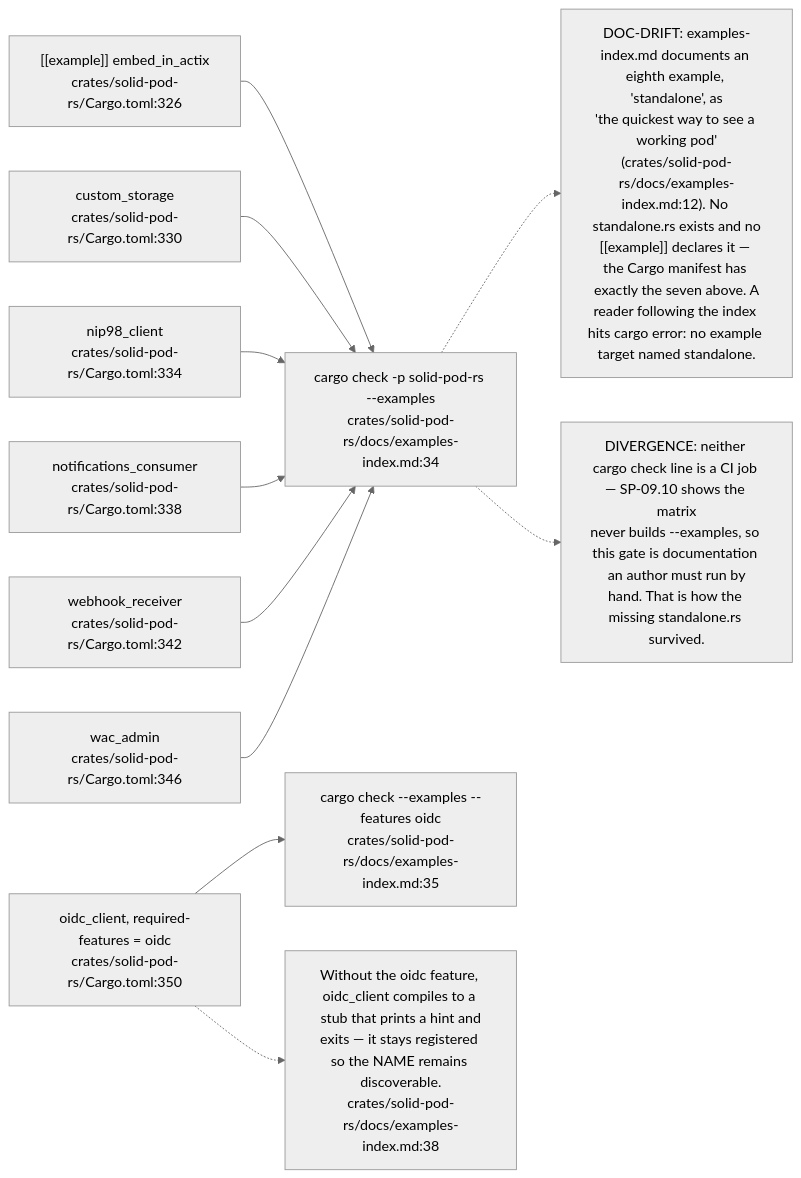
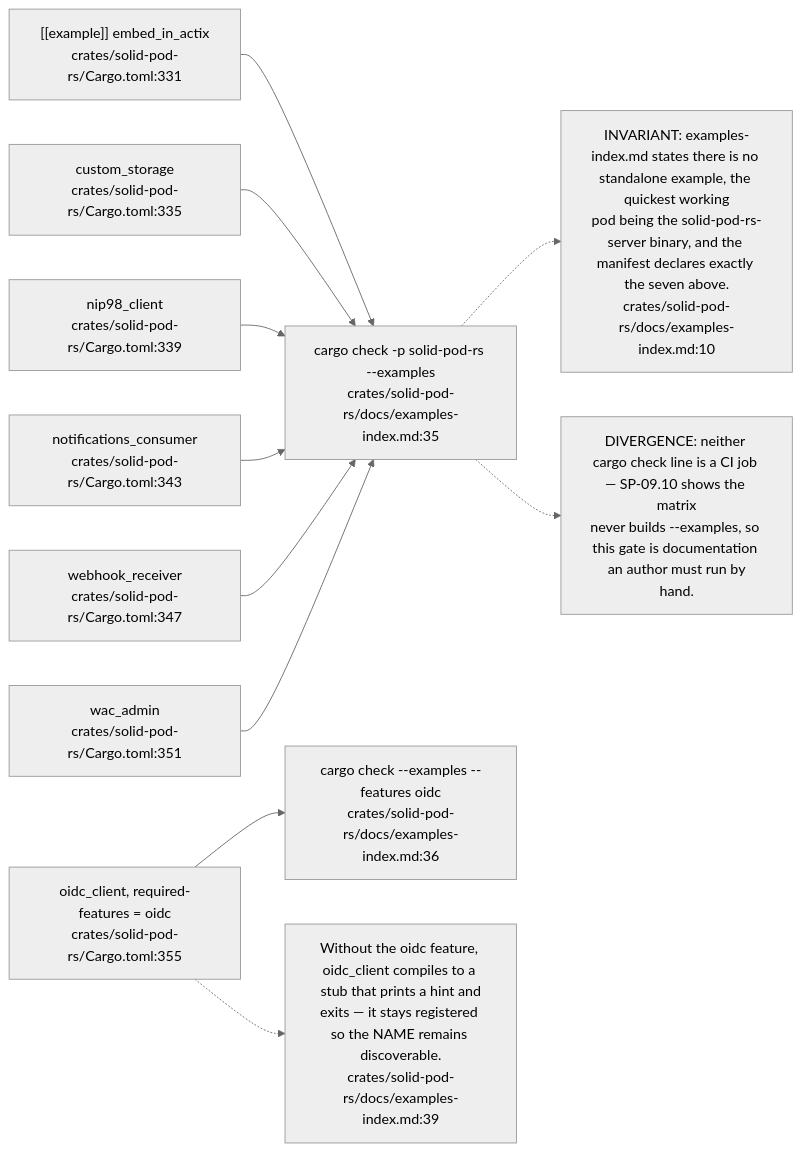
One commit to DreamLab-AI/VisionFlow changed diagram 12 of 12 in docs/diagrams/solid-pod-rs/01-workspace-composition.md. Above: the diagram before and after it, drawn with Mermaid (neutral theme). The commit also changed other lines of this file and 160 other files, not shown here.

````diff
--- a/docs/diagrams/solid-pod-rs/01-workspace-composition.md
+++ b/docs/diagrams/solid-pod-rs/01-workspace-composition.md
@@ -335,27 +344,27 @@
 ```mermaid
 flowchart LR
-    D1["[[example]] embed_in_actix<br/>crates/solid-pod-rs/Cargo.toml:326"]
-    D2["custom_storage<br/>crates/solid-pod-rs/Cargo.toml:330"]
-    D3["nip98_client<br/>crates/solid-pod-rs/Cargo.toml:334"]
-    D4["notifications_consumer<br/>crates/solid-pod-rs/Cargo.toml:338"]
-    D5["webhook_receiver<br/>crates/solid-pod-rs/Cargo.toml:342"]
-    D6["wac_admin<br/>crates/solid-pod-rs/Cargo.toml:346"]
-    D7["oidc_client, required-features = oidc<br/>crates/solid-pod-rs/Cargo.toml:350"]
-    C1["cargo check -p solid-pod-rs --examples<br/>crates/solid-pod-rs/docs/examples-index.md:34"]
-    C2["cargo check --examples --features oidc<br/>crates/solid-pod-rs/docs/examples-index.md:35"]
+    D1["[[example]] embed_in_actix<br/>crates/solid-pod-rs/Cargo.toml:331"]
+    D2["custom_storage<br/>crates/solid-pod-rs/Cargo.toml:335"]
+    D3["nip98_client<br/>crates/solid-pod-rs/Cargo.toml:339"]
+    D4["notifications_consumer<br/>crates/solid-pod-rs/Cargo.toml:343"]
+    D5["webhook_receiver<br/>crates/solid-pod-rs/Cargo.toml:347"]
+    D6["wac_admin<br/>crates/solid-pod-rs/Cargo.toml:351"]
+    D7["oidc_client, required-features = oidc<br/>crates/solid-pod-rs/Cargo.toml:355"]
+    C1["cargo check -p solid-pod-rs --examples<br/>crates/solid-pod-rs/docs/examples-index.md:35"]
+    C2["cargo check --examples --features oidc<br/>crates/solid-pod-rs/docs/examples-index.md:36"]
 
     D1 --> C1
     D2 --> C1
     D3 --> C1
     D4 --> C1
     D5 --> C1
     D6 --> C1
     D7 --> C2
 
-    N["Without the oidc feature, oidc_client compiles to a stub that prints a hint and<br/>exits — it stays registered so the NAME remains discoverable.<br/>crates/solid-pod-rs/docs/examples-index.md:38"]
+    N["Without the oidc feature, oidc_client compiles to a stub that prints a hint and<br/>exits — it stays registered so the NAME remains discoverable.<br/>crates/solid-pod-rs/docs/examples-index.md:39"]
     D7 -.-> N
-    N2["DOC-DRIFT: examples-index.md documents an eighth example, 'standalone', as<br/>'the quickest way to see a working pod'<br/>(crates/solid-pod-rs/docs/examples-index.md:12). No standalone.rs exists and no<br/>[[example]] declares it — the Cargo manifest has exactly the seven above. A<br/>reader following the index hits cargo error: no example target named standalone."]
+    N2["INVARIANT: examples-index.md states there is no standalone example, the quickest working<br/>pod being the solid-pod-rs-server binary, and the manifest declares exactly the seven above.<br/>crates/solid-pod-rs/docs/examples-index.md:10"]
     C1 -.-> N2
-    N3["DIVERGENCE: neither cargo check line is a CI job — SP-09.10 shows the matrix<br/>never builds --examples, so this gate is documentation an author must run by<br/>hand. That is how the missing standalone.rs survived."]
+    N3["DIVERGENCE: neither cargo check line is a CI job — SP-09.10 shows the matrix<br/>never builds --examples, so this gate is documentation an author must run by<br/>hand."]
     C1 -.-> N3
 ```
````
